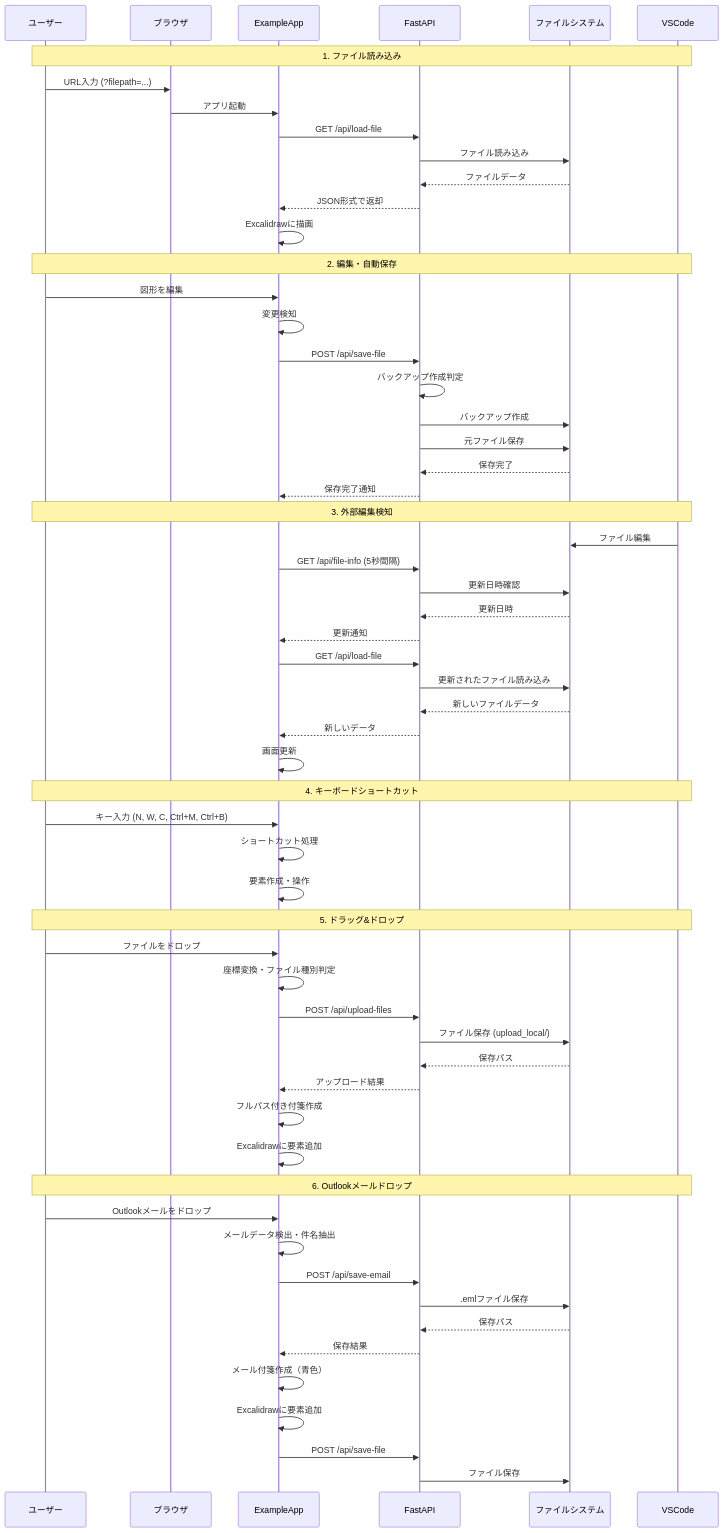
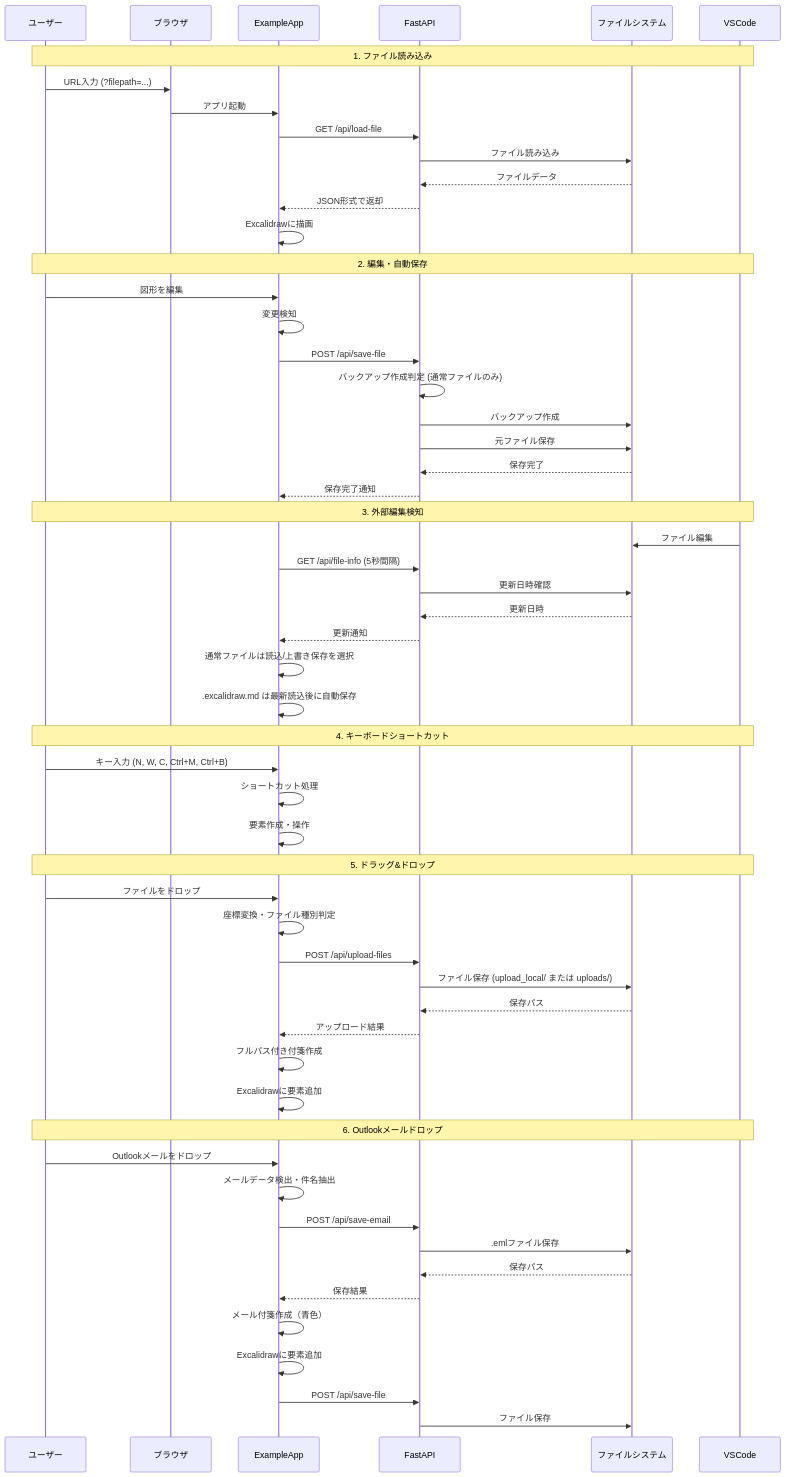
Before and after one commit to myao9494/excalidraw_myao9494: the second of 6 diagrams in docs/architecture.md, drawn with Mermaid. The commit also changed other lines of this file and 209 other files, not shown here.

````diff
--- a/docs/architecture.md
+++ b/docs/architecture.md
@@ -88,67 +88,64 @@
 ```mermaid
 sequenceDiagram
     participant User as ユーザー
     participant Browser as ブラウザ
     participant App as ExampleApp
     participant API as FastAPI
     participant FS as ファイルシステム
     participant VSCode as VSCode
     
     Note over User,VSCode: 1. ファイル読み込み
     User->>Browser: URL入力 (?filepath=...)
     Browser->>App: アプリ起動
     App->>API: GET /api/load-file
     API->>FS: ファイル読み込み
     FS-->>API: ファイルデータ
     API-->>App: JSON形式で返却
     App->>App: Excalidrawに描画
     
     Note over User,VSCode: 2. 編集・自動保存
     User->>App: 図形を編集
     App->>App: 変更検知
     App->>API: POST /api/save-file
-    API->>API: バックアップ作成判定
+    API->>API: バックアップ作成判定 (通常ファイルのみ)
     API->>FS: バックアップ作成
     API->>FS: 元ファイル保存
     FS-->>API: 保存完了
     API-->>App: 保存完了通知
     
     Note over User,VSCode: 3. 外部編集検知
     VSCode->>FS: ファイル編集
     App->>API: GET /api/file-info (5秒間隔)
     API->>FS: 更新日時確認
     FS-->>API: 更新日時
     API-->>App: 更新通知
-    App->>API: GET /api/load-file
-    API->>FS: 更新されたファイル読み込み
-    FS-->>API: 新しいファイルデータ
-    API-->>App: 新しいデータ
-    App->>App: 画面更新
+    App->>App: 通常ファイルは読込/上書き保存を選択
+    App->>App: .excalidraw.md は最新読込後に自動保存
     
     Note over User,VSCode: 4. キーボードショートカット
     User->>App: キー入力 (N, W, C, Ctrl+M, Ctrl+B)
     App->>App: ショートカット処理
     App->>App: 要素作成・操作
     
     Note over User,VSCode: 5. ドラッグ&ドロップ
     User->>App: ファイルをドロップ
     App->>App: 座標変換・ファイル種別判定
     App->>API: POST /api/upload-files
-    API->>FS: ファイル保存 (upload_local/)
+    API->>FS: ファイル保存 (upload_local/ または uploads/)
     FS-->>API: 保存パス
     API-->>App: アップロード結果
     App->>App: フルパス付き付箋作成
     App->>App: Excalidrawに要素追加
     
     Note over User,VSCode: 6. Outlookメールドロップ
     User->>App: Outlookメールをドロップ
     App->>App: メールデータ検出・件名抽出
     App->>API: POST /api/save-email
     API->>FS: .emlファイル保存
     FS-->>API: 保存パス
     API-->>App: 保存結果
     App->>App: メール付箋作成（青色）
     App->>App: Excalidrawに要素追加
     App->>API: POST /api/save-file
     API->>FS: ファイル保存
 ```
````
